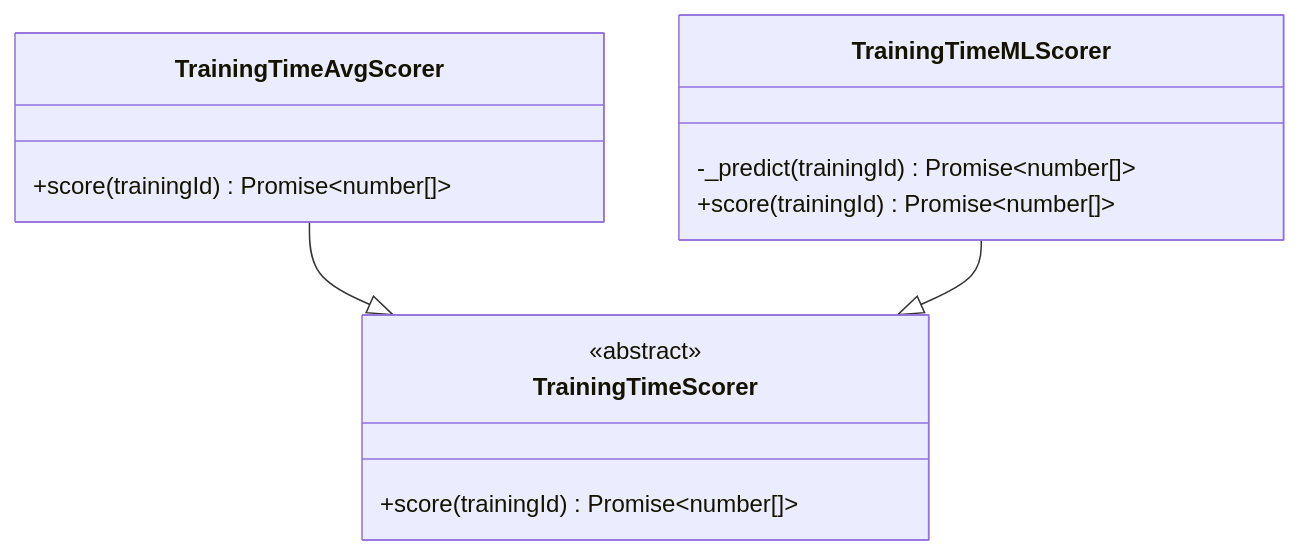
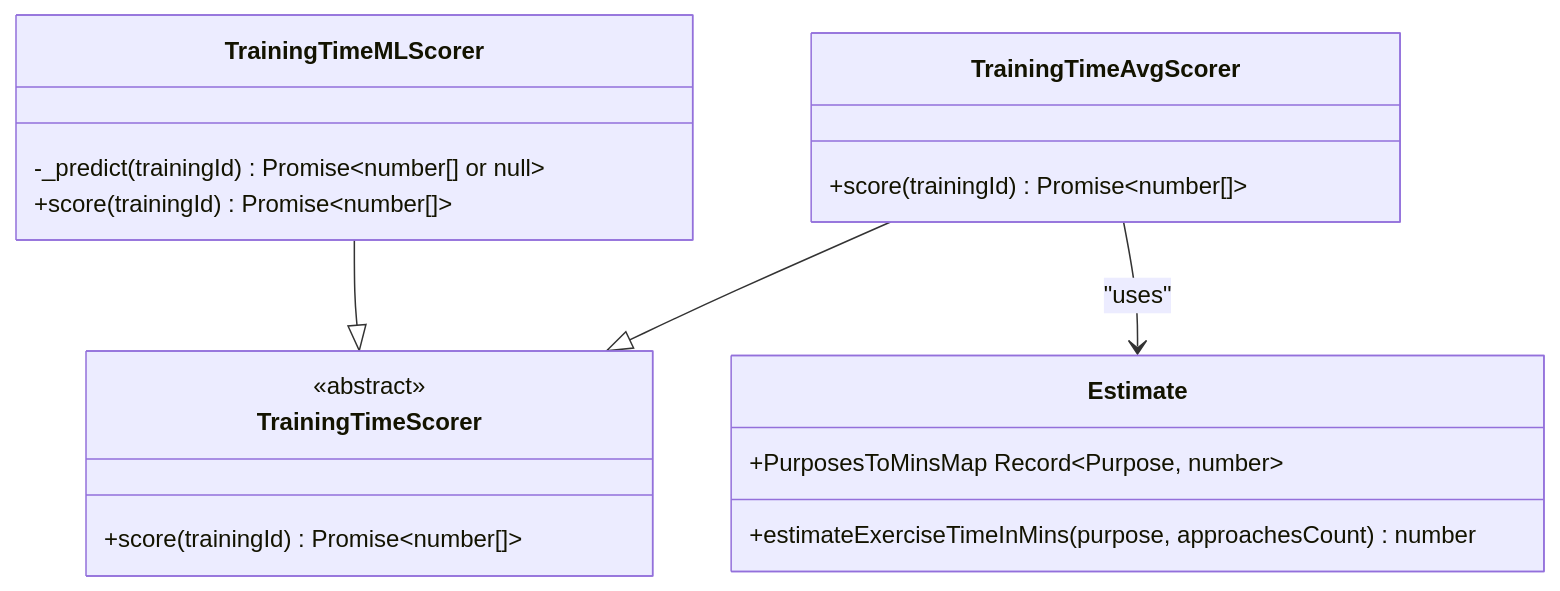
The seventh of 12 diagrams in .qoder/repowiki/en/content/Core Business Logic/Core Business Logic.md (Dezzpil/meingym), drawn with Mermaid before and after one commit. The commit also changed other lines of this file and 12 other files, not shown here.

````diff
--- a/.qoder/repowiki/en/content/Core Business Logic/Core Business Logic.md
+++ b/.qoder/repowiki/en/content/Core Business Logic/Core Business Logic.md
@@ -374,16 +476,21 @@
 ```mermaid
 classDiagram
 class TrainingTimeScorer {
 <<abstract>>
 +score(trainingId) Promise~number[]~
 }
 class TrainingTimeAvgScorer {
 +score(trainingId) Promise~number[]~
 }
 class TrainingTimeMLScorer {
--_predict(trainingId) Promise~number[]~
+-_predict(trainingId) Promise~number[] or null~
 +score(trainingId) Promise~number[]~
+}
+class Estimate {
++PurposesToMinsMap Record~Purpose, number~
++estimateExerciseTimeInMins(purpose, approachesCount) number
 }
 TrainingTimeAvgScorer --|> TrainingTimeScorer
 TrainingTimeMLScorer --|> TrainingTimeScorer
+TrainingTimeAvgScorer --> Estimate : "uses"
 ```
````
